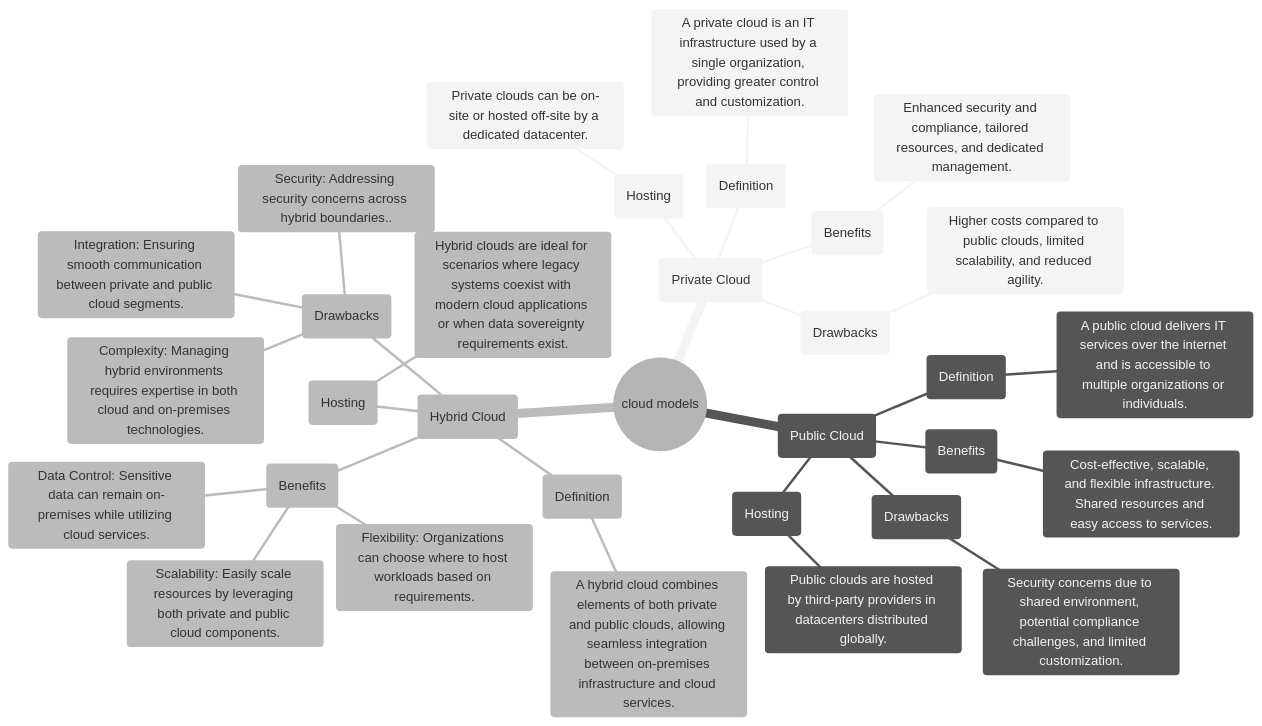
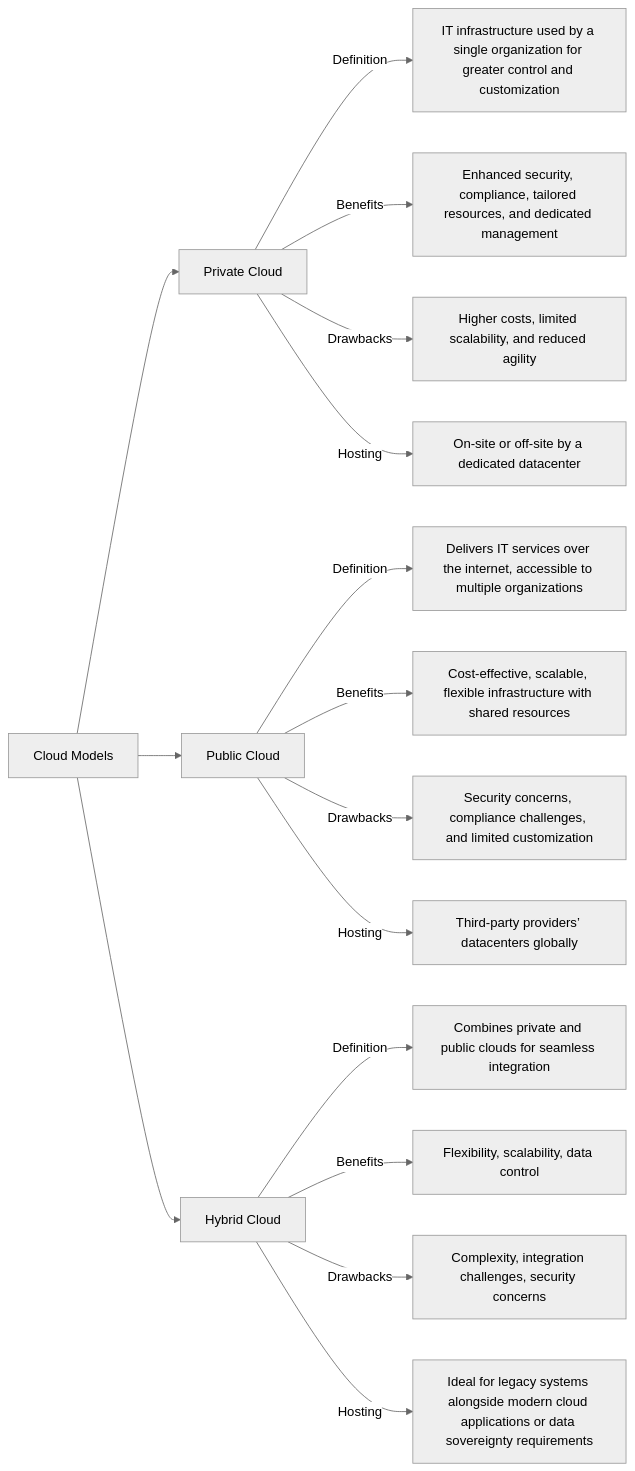
One commit to Sree2011/ms-azure-fundamentals-prepare changed the second of 2 diagrams in cloud_concepts.md. Above: the diagram before and after it, drawn with Mermaid (neutral theme).

````diff
--- a/cloud_concepts.md
+++ b/cloud_concepts.md
@@ -44,46 +44,25 @@
 ```mermaid
-mindmap
-    root((cloud models))
-        (Private Cloud)
-            (Definition)
-                A private cloud is an IT infrastructure used by a single organization, providing greater control and customization.
+graph LR
+  P[Cloud Models]
+  P --> A[Private Cloud]
+  P --> B[Public Cloud]
+  P --> C[Hybrid Cloud]
 
-            (Benefits)
-                Enhanced security and compliance, tailored resources, and dedicated management.
+  A --> |Definition|D["IT infrastructure used by a single organization for greater control and customization"]
+  A --> |Benefits| E["Enhanced security, compliance, tailored resources, and dedicated management"]
+  A --> |Drawbacks| F["Higher costs, limited scalability, and reduced agility"]
+  A --> |Hosting| G["On-site or off-site by a dedicated datacenter"]
 
-            (Drawbacks)
-                Higher costs compared to public clouds, limited scalability, and reduced agility.
+  B --> |Definition| H["Delivers IT services over the internet, accessible to multiple organizations"]
+  B --> |Benefits|I["Cost-effective, scalable, flexible infrastructure with shared resources"]
+  B --> |Drawbacks| J["Security concerns, compliance challenges, and limited customization"]
+  B --> |Hosting| K["Third-party providers’ datacenters globally"]
 
-            (Hosting)
-                Private clouds can be on-site or hosted off-site by a dedicated datacenter.
-        (Public Cloud)
-            (Definition)
-                A public cloud delivers IT services over the internet and is accessible to multiple organizations or individuals.
+  C --> |Definition| L["Combines private and public clouds for seamless integration"]
+  C --> |Benefits| M["Flexibility, scalability, data control"]
+  C --> |Drawbacks| N["Complexity, integration challenges, security concerns"]
+  C --> |Hosting| O["Ideal for legacy systems alongside modern cloud applications or data sovereignty requirements"]
 
-            (Benefits)
-                Cost-effective, scalable, and flexible infrastructure. Shared resources and easy access to services.
-            (Drawbacks)
-                Security concerns due to shared environment, potential compliance challenges, and limited customization.
-
-            (Hosting)
-                Public clouds are hosted by third-party providers in datacenters distributed globally.
-
-        (Hybrid Cloud)
-                (Definition)
-                    A hybrid cloud combines elements of both private and public clouds, allowing seamless integration between on-premises infrastructure and cloud services.
-
-
-                (Benefits)
-                    Flexibility: Organizations can choose where to host workloads based on requirements.
-                    Scalability: Easily scale resources by leveraging both private and public cloud components.
-                    Data Control: Sensitive data can remain on-premises while utilizing cloud services.
-                (Drawbacks)
-                    Complexity: Managing hybrid environments requires expertise in both cloud and on-premises technologies.
-                    Integration: Ensuring smooth communication between private and public cloud segments.
-                    Security: Addressing security concerns across hybrid boundaries..
-
-                (Hosting)
-                    Hybrid clouds are ideal for scenarios where legacy systems coexist with modern cloud applications or when data sovereignty requirements exist.
 
 
 ```
````
